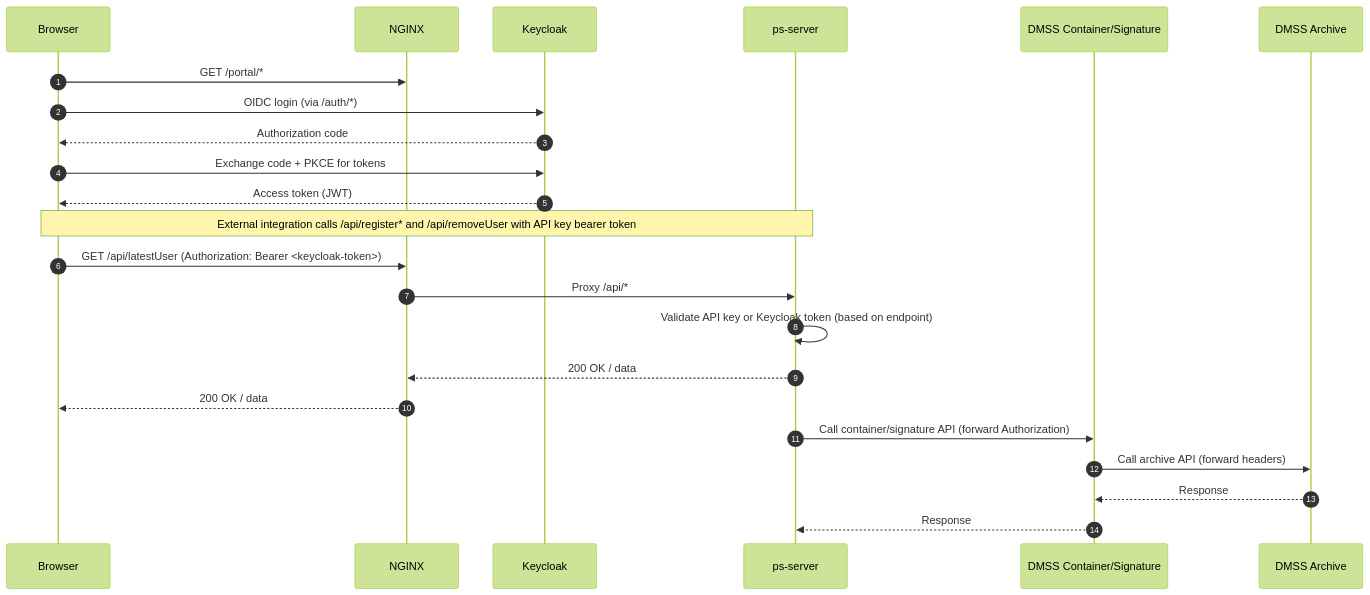
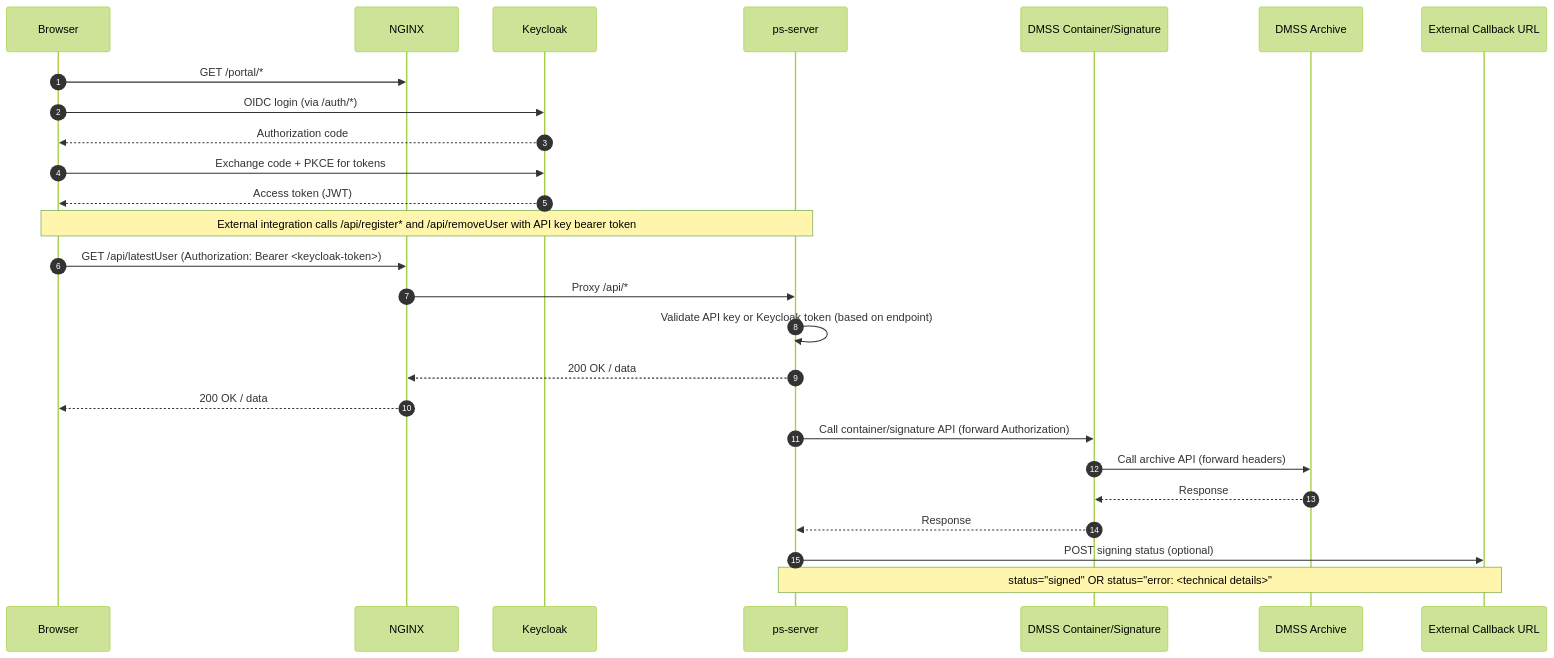
Before and after one commit to mihailsgo/ps-app-cloud-deployment: the second of 2 diagrams in README.md, drawn with Mermaid (forest theme). The commit also changed other lines of this file and 2 other files, not shown here.

Commit message:
Sync deployment docs/config with latest flows and versions

````diff
--- a/README.md
+++ b/README.md
@@ -867,26 +866,29 @@
 ```mermaid
 sequenceDiagram
   autonumber
   participant Browser
   participant NGINX
   participant Keycloak
   participant Backend as ps-server
   participant DMSSCS as DMSS Container/Signature
   participant DMSSAR as DMSS Archive
+  participant Callback as External Callback URL
 
   Browser->>NGINX: GET /portal/*
   Browser->>Keycloak: OIDC login (via /auth/*)
   Keycloak-->>Browser: Authorization code
   Browser->>Keycloak: Exchange code + PKCE for tokens
   Keycloak-->>Browser: Access token (JWT)
   Note over Browser,Backend: External integration calls /api/register* and /api/removeUser with API key bearer token
   Browser->>NGINX: GET /api/latestUser (Authorization: Bearer <keycloak-token>)
   NGINX->>Backend: Proxy /api/*
   Backend->>Backend: Validate API key or Keycloak token (based on endpoint)
   Backend-->>NGINX: 200 OK / data
   NGINX-->>Browser: 200 OK / data
   Backend->>DMSSCS: Call container/signature API (forward Authorization)
   DMSSCS->>DMSSAR: Call archive API (forward headers)
   DMSSAR-->>DMSSCS: Response
   DMSSCS-->>Backend: Response
+  Backend->>Callback: POST signing status (optional)
+  Note over Backend,Callback: status="signed" OR status="error: <technical details>"
 ```
````
